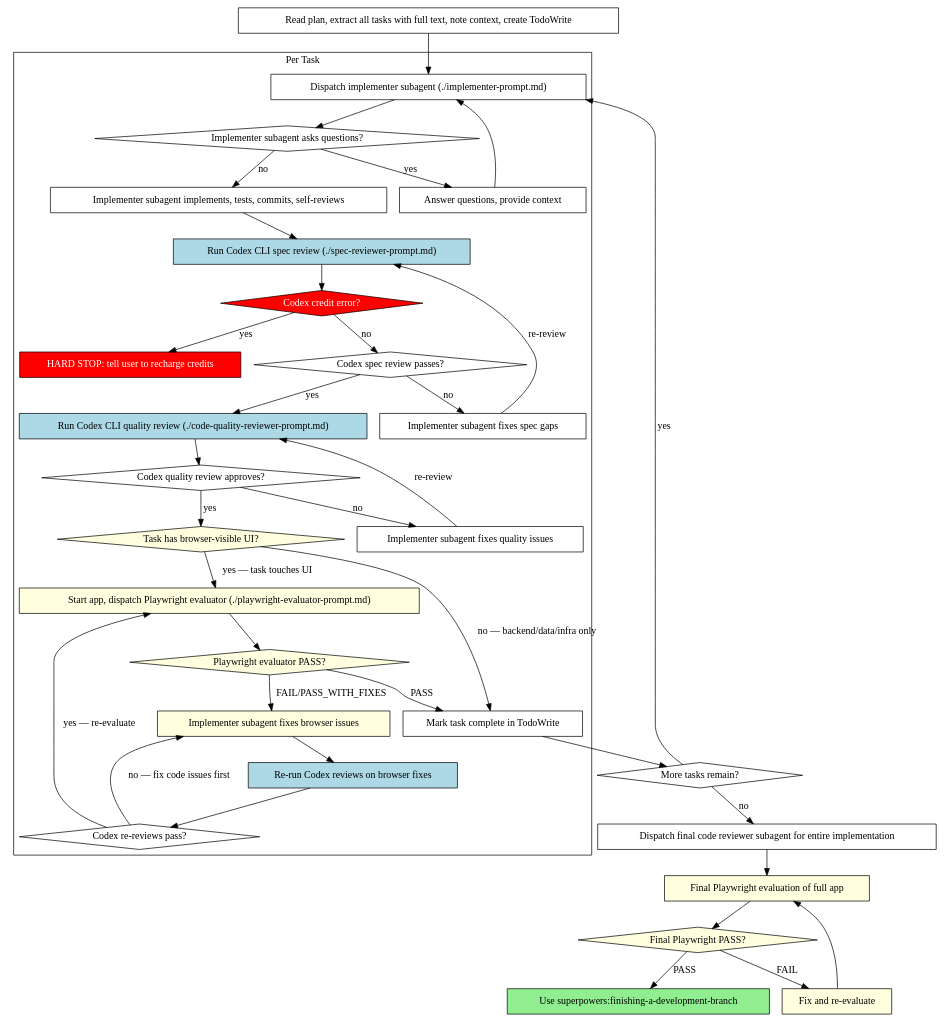
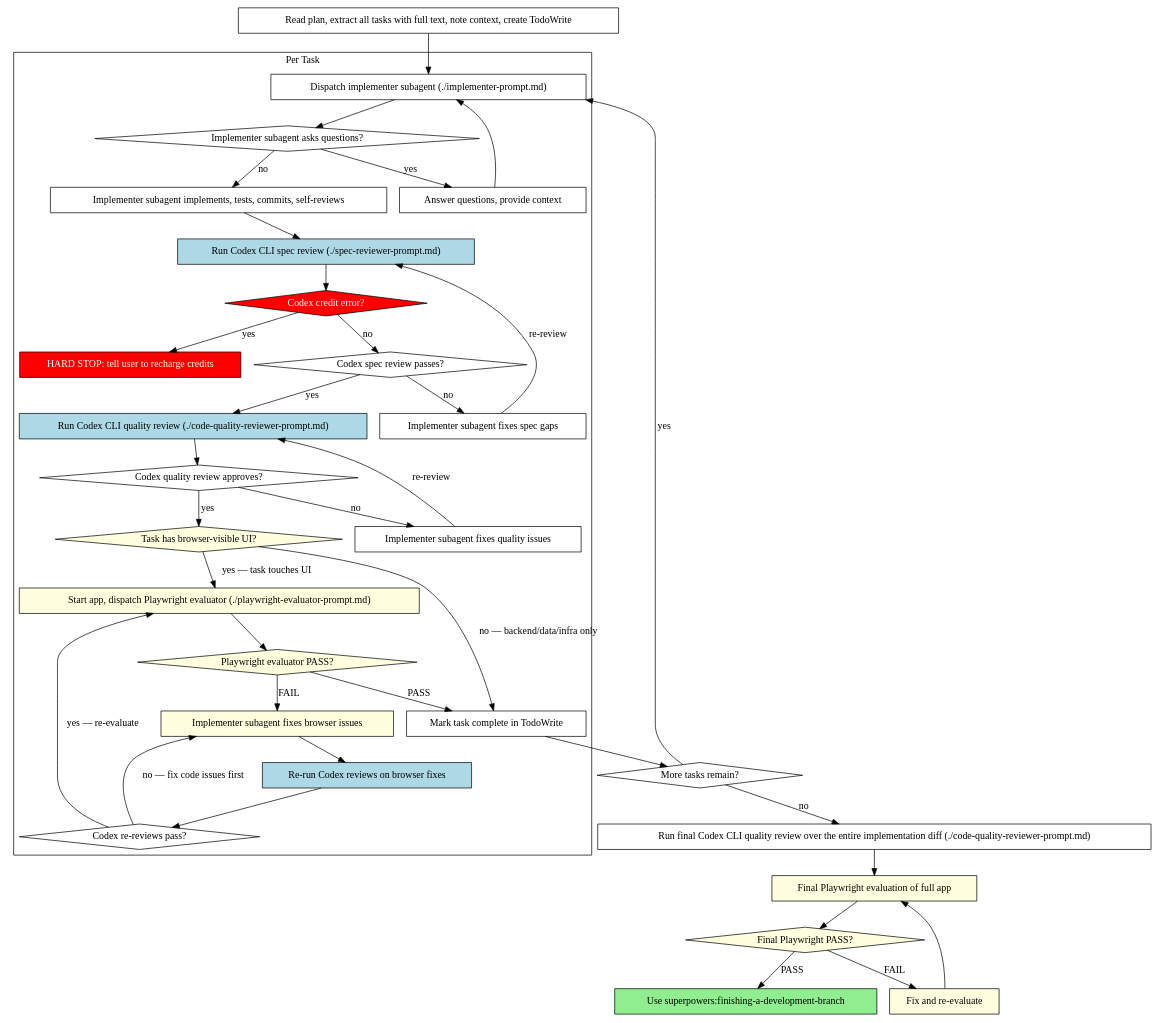
The second of 2 diagrams in skills/subagent-driven-development/SKILL.md (cateyelow/superpowers-custom), drawn with Graphviz before and after one commit. The commit also changed other lines of this file and 5 other files, not shown here.

````diff
--- a/skills/subagent-driven-development/SKILL.md
+++ b/skills/subagent-driven-development/SKILL.md
@@ -61,70 +61,70 @@
 ```dot
 digraph process {
     rankdir=TB;
 
     subgraph cluster_per_task {
         label="Per Task";
         "Dispatch implementer subagent (./implementer-prompt.md)" [shape=box];
         "Implementer subagent asks questions?" [shape=diamond];
         "Answer questions, provide context" [shape=box];
         "Implementer subagent implements, tests, commits, self-reviews" [shape=box];
         "Run Codex CLI spec review (./spec-reviewer-prompt.md)" [shape=box style=filled fillcolor=lightblue];
         "Codex spec review passes?" [shape=diamond];
         "Codex credit error?" [shape=diamond style=filled fillcolor=red fontcolor=white];
         "HARD STOP: tell user to recharge credits" [shape=box style=filled fillcolor=red fontcolor=white];
         "Implementer subagent fixes spec gaps" [shape=box];
         "Run Codex CLI quality review (./code-quality-reviewer-prompt.md)" [shape=box style=filled fillcolor=lightblue];
         "Codex quality review approves?" [shape=diamond];
         "Implementer subagent fixes quality issues" [shape=box];
         "Task has browser-visible UI?" [shape=diamond style=filled fillcolor=lightyellow];
         "Start app, dispatch Playwright evaluator (./playwright-evaluator-prompt.md)" [shape=box style=filled fillcolor=lightyellow];
         "Playwright evaluator PASS?" [shape=diamond style=filled fillcolor=lightyellow];
         "Implementer subagent fixes browser issues" [shape=box style=filled fillcolor=lightyellow];
         "Re-run Codex reviews on browser fixes" [shape=box style=filled fillcolor=lightblue];
         "Codex re-reviews pass?" [shape=diamond];
         "Mark task complete in TodoWrite" [shape=box];
     }
 
     "Read plan, extract all tasks with full text, note context, create TodoWrite" [shape=box];
     "More tasks remain?" [shape=diamond];
-    "Dispatch final code reviewer subagent for entire implementation" [shape=box];
+    "Run final Codex CLI quality review over the entire implementation diff (./code-quality-reviewer-prompt.md)" [shape=box];
     "Final Playwright evaluation of full app" [shape=box style=filled fillcolor=lightyellow];
     "Final Playwright PASS?" [shape=diamond style=filled fillcolor=lightyellow];
     "Fix and re-evaluate" [shape=box style=filled fillcolor=lightyellow];
     "Use superpowers:finishing-a-development-branch" [shape=box style=filled fillcolor=lightgreen];
 
     "Read plan, extract all tasks with full text, note context, create TodoWrite" -> "Dispatch implementer subagent (./implementer-prompt.md)";
     "Dispatch implementer subagent (./implementer-prompt.md)" -> "Implementer subagent asks questions?";
     "Implementer subagent asks questions?" -> "Answer questions, provide context" [label="yes"];
     "Answer questions, provide context" -> "Dispatch implementer subagent (./implementer-prompt.md)";
     "Implementer subagent asks questions?" -> "Implementer subagent implements, tests, commits, self-reviews" [label="no"];
     "Implementer subagent implements, tests, commits, self-reviews" -> "Run Codex CLI spec review (./spec-reviewer-prompt.md)";
     "Run Codex CLI spec review (./spec-reviewer-prompt.md)" -> "Codex credit error?";
     "Codex credit error?" -> "HARD STOP: tell user to recharge credits" [label="yes"];
     "Codex credit error?" -> "Codex spec review passes?" [label="no"];
     "Codex spec review passes?" -> "Implementer subagent fixes spec gaps" [label="no"];
     "Implementer subagent fixes spec gaps" -> "Run Codex CLI spec review (./spec-reviewer-prompt.md)" [label="re-review"];
     "Codex spec review passes?" -> "Run Codex CLI quality review (./code-quality-reviewer-prompt.md)" [label="yes"];
     "Run Codex CLI quality review (./code-quality-reviewer-prompt.md)" -> "Codex quality review approves?";
     "Codex quality review approves?" -> "Implementer subagent fixes quality issues" [label="no"];
     "Implementer subagent fixes quality issues" -> "Run Codex CLI quality review (./code-quality-reviewer-prompt.md)" [label="re-review"];
     "Codex quality review approves?" -> "Task has browser-visible UI?" [label="yes"];
     "Task has browser-visible UI?" -> "Start app, dispatch Playwright evaluator (./playwright-evaluator-prompt.md)" [label="yes — task touches UI"];
     "Task has browser-visible UI?" -> "Mark task complete in TodoWrite" [label="no — backend/data/infra only"];
     "Start app, dispatch Playwright evaluator (./playwright-evaluator-prompt.md)" -> "Playwright evaluator PASS?";
     "Playwright evaluator PASS?" -> "Mark task complete in TodoWrite" [label="PASS"];
-    "Playwright evaluator PASS?" -> "Implementer subagent fixes browser issues" [label="FAIL/PASS_WITH_FIXES"];
+    "Playwright evaluator PASS?" -> "Implementer subagent fixes browser issues" [label="FAIL"];
     "Implementer subagent fixes browser issues" -> "Re-run Codex reviews on browser fixes";
     "Re-run Codex reviews on browser fixes" -> "Codex re-reviews pass?";
     "Codex re-reviews pass?" -> "Start app, dispatch Playwright evaluator (./playwright-evaluator-prompt.md)" [label="yes — re-evaluate"];
     "Codex re-reviews pass?" -> "Implementer subagent fixes browser issues" [label="no — fix code issues first"];
     "Mark task complete in TodoWrite" -> "More tasks remain?";
     "More tasks remain?" -> "Dispatch implementer subagent (./implementer-prompt.md)" [label="yes"];
-    "More tasks remain?" -> "Dispatch final code reviewer subagent for entire implementation" [label="no"];
-    "Dispatch final code reviewer subagent for entire implementation" -> "Final Playwright evaluation of full app";
+    "More tasks remain?" -> "Run final Codex CLI quality review over the entire implementation diff (./code-quality-reviewer-prompt.md)" [label="no"];
+    "Run final Codex CLI quality review over the entire implementation diff (./code-quality-reviewer-prompt.md)" -> "Final Playwright evaluation of full app";
     "Final Playwright evaluation of full app" -> "Final Playwright PASS?";
     "Final Playwright PASS?" -> "Use superpowers:finishing-a-development-branch" [label="PASS"];
     "Final Playwright PASS?" -> "Fix and re-evaluate" [label="FAIL"];
     "Fix and re-evaluate" -> "Final Playwright evaluation of full app";
 }
 ```
````
